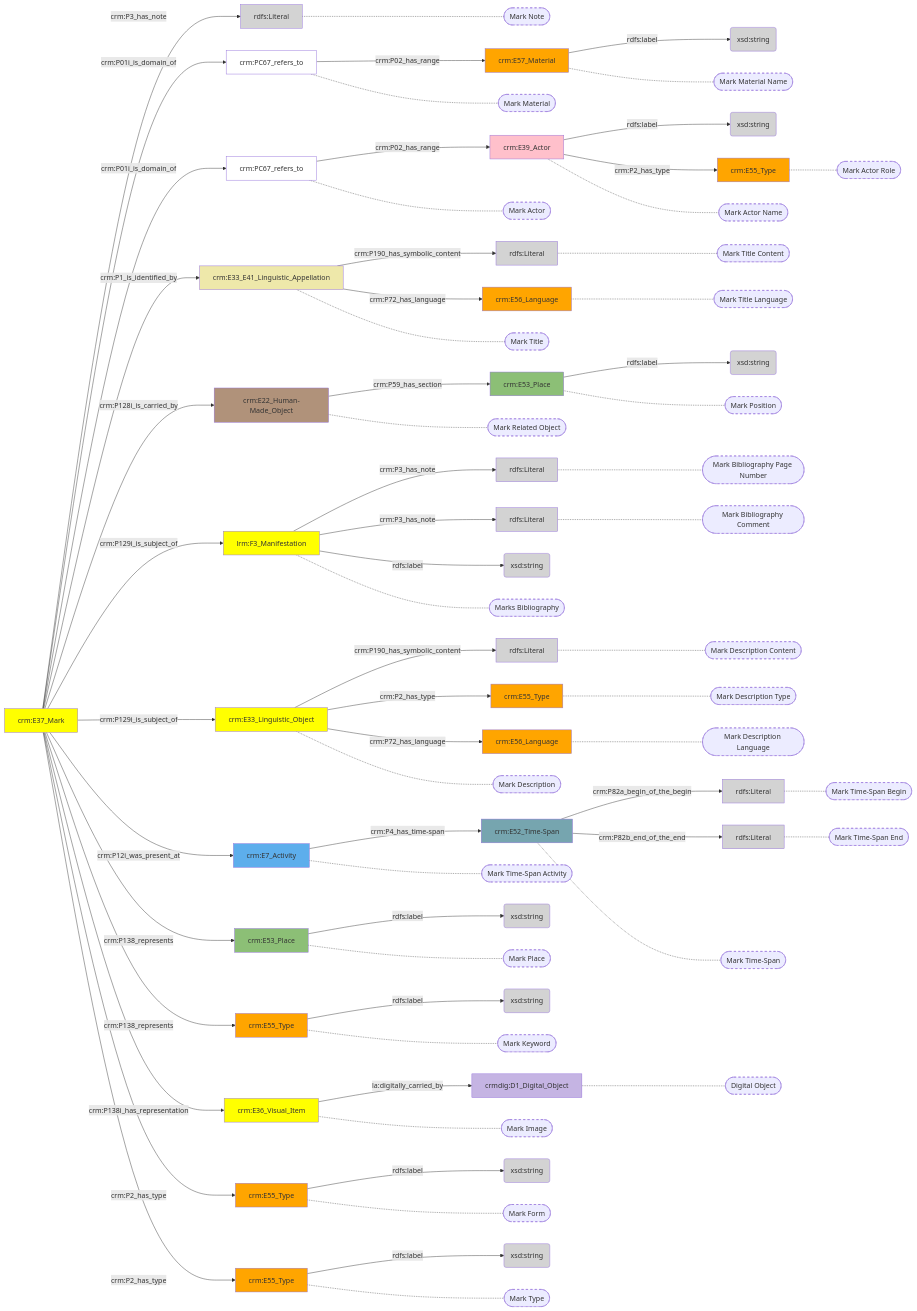
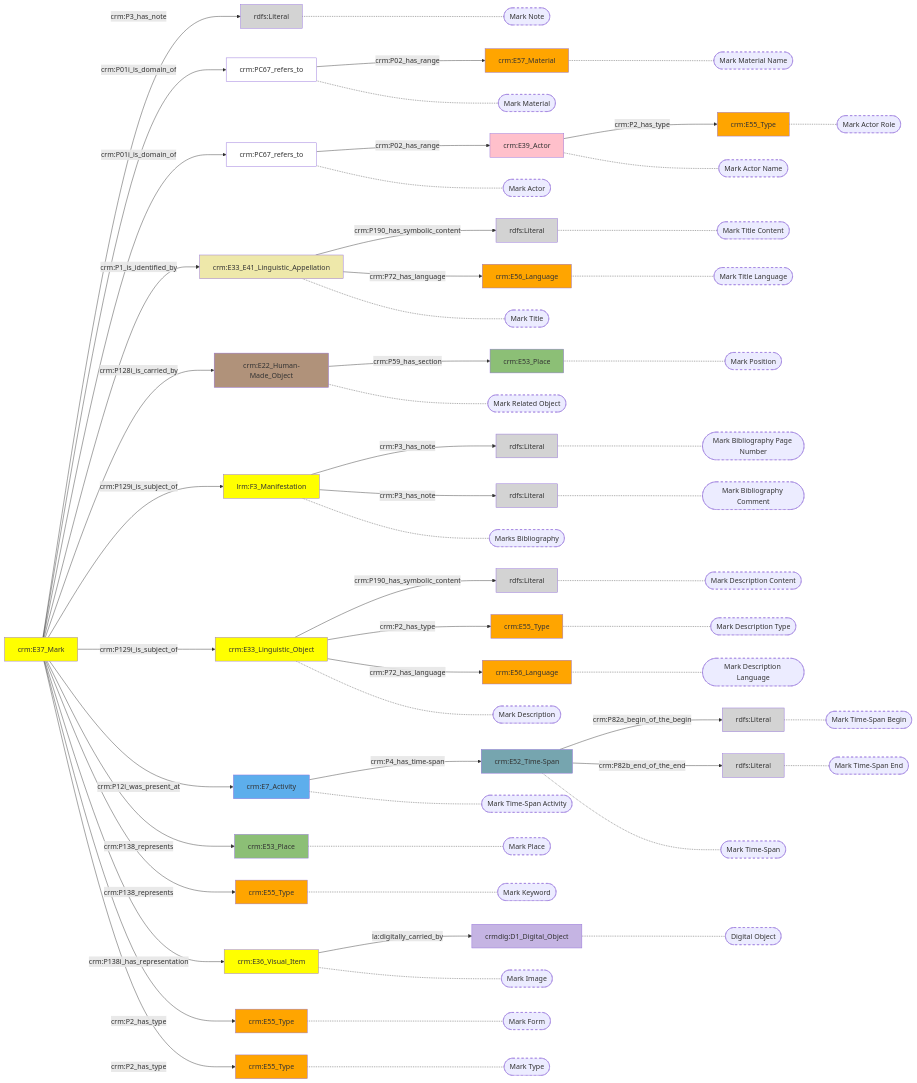
One commit to digipolisantwerpdocumentation/antwerp-cultureel-erfgoed changed the diagram in docs/content/modellen/Mark.md. Above: the diagram before and after it, drawn with Mermaid. The commit also changed 170 other files, not shown here.

````diff
--- a/docs/content/modellen/Mark.md
+++ b/docs/content/modellen/Mark.md
@@ -1,20 +1,41 @@
 ```mermaid
 graph LR
-2b2d0b1a-ca76-11ee-8eb3-960002548b4f["crm:E57_Material"]-->|"rdfs:label"|49250704-ca7b-11ee-a6b0-960002548b4f(xsd:string)
-2ed5a590-ca6e-11ee-99ee-960002548b4f["crm:E55_Type"]-->|"rdfs:label"|d3affcf2-ca7b-11ee-bd8e-960002548b4f(xsd:string)
+style 0281cff0-ca70-11ee-8755-960002548b4f fill:#5DAEEC
+style 082c17c3-ca76-11ee-99e6-960002548b4f fill:#ffffff
+style 0cf41490-ca73-11ee-bf47-960002548b4f fill:#D3D3D3
+style 1a770b2f-ca6a-11ee-8e0d-960002548b4f fill:#ffa500
+style 21be6412-ca6b-11ee-be73-960002548b4f fill:#ffa500
+style 2b2d0b1a-ca76-11ee-8eb3-960002548b4f fill:#ffa500
+style 2ed5a590-ca6e-11ee-99ee-960002548b4f fill:#ffa500
+style 4f528283-ca72-11ee-b40c-960002548b4f fill:#ffff00
+style 5288cf65-ca6b-11ee-9862-960002548b4f fill:#B0927A
+style 52918bea-ca69-11ee-b98e-960002548b4f fill:#ffff00
+style 5772435f-ca71-11ee-a86e-960002548b4f fill:#8CBF76
+style 58649504-ca73-11ee-a1ae-960002548b4f fill:#ffa500
+style 5ae5240b-ca6a-11ee-a9a5-960002548b4f fill:#ffff00
+style 7c1edcb3-ca6c-11ee-9280-960002548b4f fill:#ffffff
+style 9cd1d5ef-ca6e-11ee-8557-960002548b4f fill:#ffa500
+style a626ee40-ca6c-11ee-98e6-960002548b4f fill:#ffc0cb
+style aa0d5d9c-ca69-11ee-b573-960002548b4f fill:#EEE8AA
+style b4a2ba81-ca71-11ee-b3cf-960002548b4f fill:#ffff00
+style b8df2b6b-ca70-11ee-a936-960002548b4f fill:#76A5AF
+style bbb6ab27-ca6a-11ee-bb23-960002548b4f fill:#D3D3D3
+style c5f9f36e-ca71-11ee-8e46-960002548b4f fill:#C5B4E3
+style cca6c450-ca6b-11ee-bd41-960002548b4f fill:#8CBF76
+style d729cdc3-ca6f-11ee-b8ca-960002548b4f fill:#D3D3D3
+style daa0159b-ca6d-11ee-8620-960002548b4f fill:#ffa500
+style dab5662f-ca72-11ee-a844-960002548b4f fill:#D3D3D3
+style e9449c8d-ca6a-11ee-b0be-960002548b4f fill:#ffa500
+style eaa66deb-ca70-11ee-9b97-960002548b4f fill:#D3D3D3
+style ec77afd4-ca69-11ee-87d1-960002548b4f fill:#D3D3D3
+style fde5e6e5-ca70-11ee-8e1b-960002548b4f fill:#D3D3D3
 4f528283-ca72-11ee-b40c-960002548b4f["lrm:F3_Manifestation"]-->|"crm:P3_has_note"|0cf41490-ca73-11ee-bf47-960002548b4f(rdfs:Literal)
 4f528283-ca72-11ee-b40c-960002548b4f["lrm:F3_Manifestation"]-->|"crm:P3_has_note"|dab5662f-ca72-11ee-a844-960002548b4f(rdfs:Literal)
-4f528283-ca72-11ee-b40c-960002548b4f["lrm:F3_Manifestation"]-->|"rdfs:label"|7f46a7e1-ca7b-11ee-a777-960002548b4f(xsd:string)
 52918bea-ca69-11ee-b98e-960002548b4f["crm:E37_Mark"]-->|"crm:P3_has_note"|d729cdc3-ca6f-11ee-b8ca-960002548b4f(rdfs:Literal)
-5772435f-ca71-11ee-a86e-960002548b4f["crm:E53_Place"]-->|"rdfs:label"|bf1262c9-ca7a-11ee-8b78-960002548b4f(xsd:string)
 5ae5240b-ca6a-11ee-a9a5-960002548b4f["crm:E33_Linguistic_Object"]-->|"crm:P190_has_symbolic_content"|bbb6ab27-ca6a-11ee-bb23-960002548b4f(rdfs:Literal)
-9cd1d5ef-ca6e-11ee-8557-960002548b4f["crm:E55_Type"]-->|"rdfs:label"|5fe7949d-ca7b-11ee-bdb7-960002548b4f(xsd:string)
-a626ee40-ca6c-11ee-98e6-960002548b4f["crm:E39_Actor"]-->|"rdfs:label"|fc428114-ca7a-11ee-8136-960002548b4f(xsd:string)
 aa0d5d9c-ca69-11ee-b573-960002548b4f["crm:E33_E41_Linguistic_Appellation"]-->|"crm:P190_has_symbolic_content"|ec77afd4-ca69-11ee-87d1-960002548b4f(rdfs:Literal)
 b8df2b6b-ca70-11ee-a936-960002548b4f["crm:E52_Time-Span"]-->|"crm:P82a_begin_of_the_begin"|eaa66deb-ca70-11ee-9b97-960002548b4f(rdfs:Literal)
 b8df2b6b-ca70-11ee-a936-960002548b4f["crm:E52_Time-Span"]-->|"crm:P82b_end_of_the_end"|fde5e6e5-ca70-11ee-8e1b-960002548b4f(rdfs:Literal)
-cca6c450-ca6b-11ee-bd41-960002548b4f["crm:E53_Place"]-->|"rdfs:label"|07fef3f8-ca6c-11ee-b89b-960002548b4f(xsd:string)
-daa0159b-ca6d-11ee-8620-960002548b4f["crm:E55_Type"]-->|"rdfs:label"|31e77081-ca7b-11ee-b9d5-960002548b4f(xsd:string)
 0281cff0-ca70-11ee-8755-960002548b4f["crm:E7_Activity"]-->|"crm:P4_has_time-span"|b8df2b6b-ca70-11ee-a936-960002548b4f["crm:E52_Time-Span"]
 082c17c3-ca76-11ee-99e6-960002548b4f["crm:PC67_refers_to"]-->|"crm:P02_has_range"|2b2d0b1a-ca76-11ee-8eb3-960002548b4f["crm:E57_Material"]
 5288cf65-ca6b-11ee-9862-960002548b4f["crm:E22_Human-Made_Object"]-->|"crm:P59_has_section"|cca6c450-ca6b-11ee-bd41-960002548b4f["crm:E53_Place"]
@@ -36,6 +57,34 @@
 a626ee40-ca6c-11ee-98e6-960002548b4f["crm:E39_Actor"]-->|"crm:P2_has_type"|58649504-ca73-11ee-a1ae-960002548b4f["crm:E55_Type"]
 aa0d5d9c-ca69-11ee-b573-960002548b4f["crm:E33_E41_Linguistic_Appellation"]-->|"crm:P72_has_language"|1a770b2f-ca6a-11ee-8e0d-960002548b4f["crm:E56_Language"]
 b4a2ba81-ca71-11ee-b3cf-960002548b4f["crm:E36_Visual_Item"]-->|"la:digitally_carried_by"|c5f9f36e-ca71-11ee-8e46-960002548b4f["crmdig:D1_Digital_Object"]
+b8df2b6b-ca70-11ee-a936-960002548b4f["crm:E52_Time-Span"]-.-b8df2b6b-ca70-11ee-a936-960002548b4f_s(["Mark Time-Span"])
+2b2d0b1a-ca76-11ee-8eb3-960002548b4f["crm:E57_Material"]-.-2b2d0b1a-ca76-11ee-8eb3-960002548b4f_s(["Mark Material Name"])
+0cf41490-ca73-11ee-bf47-960002548b4f["rdfs:Literal"]-.-0cf41490-ca73-11ee-bf47-960002548b4f_s(["Mark Bibliography Page Number"])
+dab5662f-ca72-11ee-a844-960002548b4f["rdfs:Literal"]-.-dab5662f-ca72-11ee-a844-960002548b4f_s(["Mark Bibliography Comment"])
+cca6c450-ca6b-11ee-bd41-960002548b4f["crm:E53_Place"]-.-cca6c450-ca6b-11ee-bd41-960002548b4f_s(["Mark Position"])
+082c17c3-ca76-11ee-99e6-960002548b4f["crm:PC67_refers_to"]-.-082c17c3-ca76-11ee-99e6-960002548b4f_s(["Mark Material"])
+7c1edcb3-ca6c-11ee-9280-960002548b4f["crm:PC67_refers_to"]-.-7c1edcb3-ca6c-11ee-9280-960002548b4f_s(["Mark Actor"])
+aa0d5d9c-ca69-11ee-b573-960002548b4f["crm:E33_E41_Linguistic_Appellation"]-.-aa0d5d9c-ca69-11ee-b573-960002548b4f_s(["Mark Title"])
+5288cf65-ca6b-11ee-9862-960002548b4f["crm:E22_Human-Made_Object"]-.-5288cf65-ca6b-11ee-9862-960002548b4f_s(["Mark Related Object"])
+4f528283-ca72-11ee-b40c-960002548b4f["lrm:F3_Manifestation"]-.-4f528283-ca72-11ee-b40c-960002548b4f_s(["Marks Bibliography"])
+5ae5240b-ca6a-11ee-a9a5-960002548b4f["crm:E33_Linguistic_Object"]-.-5ae5240b-ca6a-11ee-a9a5-960002548b4f_s(["Mark Description"])
+0281cff0-ca70-11ee-8755-960002548b4f["crm:E7_Activity"]-.-0281cff0-ca70-11ee-8755-960002548b4f_s(["Mark Time-Span Activity"])
+5772435f-ca71-11ee-a86e-960002548b4f["crm:E53_Place"]-.-5772435f-ca71-11ee-a86e-960002548b4f_s(["Mark Place"])
+9cd1d5ef-ca6e-11ee-8557-960002548b4f["crm:E55_Type"]-.-9cd1d5ef-ca6e-11ee-8557-960002548b4f_s(["Mark Keyword"])
+b4a2ba81-ca71-11ee-b3cf-960002548b4f["crm:E36_Visual_Item"]-.-b4a2ba81-ca71-11ee-b3cf-960002548b4f_s(["Mark Image"])
+2ed5a590-ca6e-11ee-99ee-960002548b4f["crm:E55_Type"]-.-2ed5a590-ca6e-11ee-99ee-960002548b4f_s(["Mark Form"])
+daa0159b-ca6d-11ee-8620-960002548b4f["crm:E55_Type"]-.-daa0159b-ca6d-11ee-8620-960002548b4f_s(["Mark Type"])
+d729cdc3-ca6f-11ee-b8ca-960002548b4f["rdfs:Literal"]-.-d729cdc3-ca6f-11ee-b8ca-960002548b4f_s(["Mark Note"])
+bbb6ab27-ca6a-11ee-bb23-960002548b4f["rdfs:Literal"]-.-bbb6ab27-ca6a-11ee-bb23-960002548b4f_s(["Mark Description Content"])
+e9449c8d-ca6a-11ee-b0be-960002548b4f["crm:E55_Type"]-.-e9449c8d-ca6a-11ee-b0be-960002548b4f_s(["Mark Description Type"])
+21be6412-ca6b-11ee-be73-960002548b4f["crm:E56_Language"]-.-21be6412-ca6b-11ee-be73-960002548b4f_s(["Mark Description Language"])
+a626ee40-ca6c-11ee-98e6-960002548b4f["crm:E39_Actor"]-.-a626ee40-ca6c-11ee-98e6-960002548b4f_s(["Mark Actor Name"])
+58649504-ca73-11ee-a1ae-960002548b4f["crm:E55_Type"]-.-58649504-ca73-11ee-a1ae-960002548b4f_s(["Mark Actor Role"])
+ec77afd4-ca69-11ee-87d1-960002548b4f["rdfs:Literal"]-.-ec77afd4-ca69-11ee-87d1-960002548b4f_s(["Mark Title Content"])
+1a770b2f-ca6a-11ee-8e0d-960002548b4f["crm:E56_Language"]-.-1a770b2f-ca6a-11ee-8e0d-960002548b4f_s(["Mark Title Language"])
+c5f9f36e-ca71-11ee-8e46-960002548b4f["crmdig:D1_Digital_Object"]-.-c5f9f36e-ca71-11ee-8e46-960002548b4f_s(["Digital Object"])
+eaa66deb-ca70-11ee-9b97-960002548b4f["rdfs:Literal"]-.-eaa66deb-ca70-11ee-9b97-960002548b4f_s(["Mark Time-Span Begin"])
+fde5e6e5-ca70-11ee-8e1b-960002548b4f["rdfs:Literal"]-.-fde5e6e5-ca70-11ee-8e1b-960002548b4f_s(["Mark Time-Span End"])
 style b8df2b6b-ca70-11ee-a936-960002548b4f_s stroke-dasharray: 5
 style 2b2d0b1a-ca76-11ee-8eb3-960002548b4f_s stroke-dasharray: 5
 style 0cf41490-ca73-11ee-bf47-960002548b4f_s stroke-dasharray: 5
@@ -64,69 +113,4 @@
 style c5f9f36e-ca71-11ee-8e46-960002548b4f_s stroke-dasharray: 5
 style eaa66deb-ca70-11ee-9b97-960002548b4f_s stroke-dasharray: 5
 style fde5e6e5-ca70-11ee-8e1b-960002548b4f_s stroke-dasharray: 5
-b8df2b6b-ca70-11ee-a936-960002548b4f["crm:E52_Time-Span"]-.-b8df2b6b-ca70-11ee-a936-960002548b4f_s(["Mark Time-Span"])
-2b2d0b1a-ca76-11ee-8eb3-960002548b4f["crm:E57_Material"]-.-2b2d0b1a-ca76-11ee-8eb3-960002548b4f_s(["Mark Material Name"])
-0cf41490-ca73-11ee-bf47-960002548b4f["rdfs:Literal"]-.-0cf41490-ca73-11ee-bf47-960002548b4f_s(["Mark Bibliography Page Number"])
-dab5662f-ca72-11ee-a844-960002548b4f["rdfs:Literal"]-.-dab5662f-ca72-11ee-a844-960002548b4f_s(["Mark Bibliography Comment"])
-cca6c450-ca6b-11ee-bd41-960002548b4f["crm:E53_Place"]-.-cca6c450-ca6b-11ee-bd41-960002548b4f_s(["Mark Position"])
-082c17c3-ca76-11ee-99e6-960002548b4f["crm:PC67_refers_to"]-.-082c17c3-ca76-11ee-99e6-960002548b4f_s(["Mark Material"])
-7c1edcb3-ca6c-11ee-9280-960002548b4f["crm:PC67_refers_to"]-.-7c1edcb3-ca6c-11ee-9280-960002548b4f_s(["Mark Actor"])
-aa0d5d9c-ca69-11ee-b573-960002548b4f["crm:E33_E41_Linguistic_Appellation"]-.-aa0d5d9c-ca69-11ee-b573-960002548b4f_s(["Mark Title"])
-5288cf65-ca6b-11ee-9862-960002548b4f["crm:E22_Human-Made_Object"]-.-5288cf65-ca6b-11ee-9862-960002548b4f_s(["Mark Related Object"])
-4f528283-ca72-11ee-b40c-960002548b4f["lrm:F3_Manifestation"]-.-4f528283-ca72-11ee-b40c-960002548b4f_s(["Marks Bibliography"])
-5ae5240b-ca6a-11ee-a9a5-960002548b4f["crm:E33_Linguistic_Object"]-.-5ae5240b-ca6a-11ee-a9a5-960002548b4f_s(["Mark Description"])
-0281cff0-ca70-11ee-8755-960002548b4f["crm:E7_Activity"]-.-0281cff0-ca70-11ee-8755-960002548b4f_s(["Mark Time-Span Activity"])
-5772435f-ca71-11ee-a86e-960002548b4f["crm:E53_Place"]-.-5772435f-ca71-11ee-a86e-960002548b4f_s(["Mark Place"])
-9cd1d5ef-ca6e-11ee-8557-960002548b4f["crm:E55_Type"]-.-9cd1d5ef-ca6e-11ee-8557-960002548b4f_s(["Mark Keyword"])
-b4a2ba81-ca71-11ee-b3cf-960002548b4f["crm:E36_Visual_Item"]-.-b4a2ba81-ca71-11ee-b3cf-960002548b4f_s(["Mark Image"])
-2ed5a590-ca6e-11ee-99ee-960002548b4f["crm:E55_Type"]-.-2ed5a590-ca6e-11ee-99ee-960002548b4f_s(["Mark Form"])
-daa0159b-ca6d-11ee-8620-960002548b4f["crm:E55_Type"]-.-daa0159b-ca6d-11ee-8620-960002548b4f_s(["Mark Type"])
-d729cdc3-ca6f-11ee-b8ca-960002548b4f["rdfs:Literal"]-.-d729cdc3-ca6f-11ee-b8ca-960002548b4f_s(["Mark Note"])
-bbb6ab27-ca6a-11ee-bb23-960002548b4f["rdfs:Literal"]-.-bbb6ab27-ca6a-11ee-bb23-960002548b4f_s(["Mark Description Content"])
-e9449c8d-ca6a-11ee-b0be-960002548b4f["crm:E55_Type"]-.-e9449c8d-ca6a-11ee-b0be-960002548b4f_s(["Mark Description Type"])
-21be6412-ca6b-11ee-be73-960002548b4f["crm:E56_Language"]-.-21be6412-ca6b-11ee-be73-960002548b4f_s(["Mark Description Language"])
-a626ee40-ca6c-11ee-98e6-960002548b4f["crm:E39_Actor"]-.-a626ee40-ca6c-11ee-98e6-960002548b4f_s(["Mark Actor Name"])
-58649504-ca73-11ee-a1ae-960002548b4f["crm:E55_Type"]-.-58649504-ca73-11ee-a1ae-960002548b4f_s(["Mark Actor Role"])
-ec77afd4-ca69-11ee-87d1-960002548b4f["rdfs:Literal"]-.-ec77afd4-ca69-11ee-87d1-960002548b4f_s(["Mark Title Content"])
-1a770b2f-ca6a-11ee-8e0d-960002548b4f["crm:E56_Language"]-.-1a770b2f-ca6a-11ee-8e0d-960002548b4f_s(["Mark Title Language"])
-c5f9f36e-ca71-11ee-8e46-960002548b4f["crmdig:D1_Digital_Object"]-.-c5f9f36e-ca71-11ee-8e46-960002548b4f_s(["Digital Object"])
-eaa66deb-ca70-11ee-9b97-960002548b4f["rdfs:Literal"]-.-eaa66deb-ca70-11ee-9b97-960002548b4f_s(["Mark Time-Span Begin"])
-fde5e6e5-ca70-11ee-8e1b-960002548b4f["rdfs:Literal"]-.-fde5e6e5-ca70-11ee-8e1b-960002548b4f_s(["Mark Time-Span End"])
-style 0281cff0-ca70-11ee-8755-960002548b4f fill:#5DAEEC
-style 07fef3f8-ca6c-11ee-b89b-960002548b4f fill:#D3D3D3
-style 082c17c3-ca76-11ee-99e6-960002548b4f fill:#ffffff
-style 0cf41490-ca73-11ee-bf47-960002548b4f fill:#D3D3D3
-style 1a770b2f-ca6a-11ee-8e0d-960002548b4f fill:#ffa500
-style 21be6412-ca6b-11ee-be73-960002548b4f fill:#ffa500
-style 2b2d0b1a-ca76-11ee-8eb3-960002548b4f fill:#ffa500
-style 2ed5a590-ca6e-11ee-99ee-960002548b4f fill:#ffa500
-style 31e77081-ca7b-11ee-b9d5-960002548b4f fill:#D3D3D3
-style 49250704-ca7b-11ee-a6b0-960002548b4f fill:#D3D3D3
-style 4f528283-ca72-11ee-b40c-960002548b4f fill:#ffff00
-style 5288cf65-ca6b-11ee-9862-960002548b4f fill:#B0927A
-style 52918bea-ca69-11ee-b98e-960002548b4f fill:#ffff00
-style 5772435f-ca71-11ee-a86e-960002548b4f fill:#8CBF76
-style 58649504-ca73-11ee-a1ae-960002548b4f fill:#ffa500
-style 5ae5240b-ca6a-11ee-a9a5-960002548b4f fill:#ffff00
-style 5fe7949d-ca7b-11ee-bdb7-960002548b4f fill:#D3D3D3
-style 7c1edcb3-ca6c-11ee-9280-960002548b4f fill:#ffffff
-style 7f46a7e1-ca7b-11ee-a777-960002548b4f fill:#D3D3D3
-style 9cd1d5ef-ca6e-11ee-8557-960002548b4f fill:#ffa500
-style a626ee40-ca6c-11ee-98e6-960002548b4f fill:#ffc0cb
-style aa0d5d9c-ca69-11ee-b573-960002548b4f fill:#EEE8AA
-style b4a2ba81-ca71-11ee-b3cf-960002548b4f fill:#ffff00
-style b8df2b6b-ca70-11ee-a936-960002548b4f fill:#76A5AF
-style bbb6ab27-ca6a-11ee-bb23-960002548b4f fill:#D3D3D3
-style bf1262c9-ca7a-11ee-8b78-960002548b4f fill:#D3D3D3
-style c5f9f36e-ca71-11ee-8e46-960002548b4f fill:#C5B4E3
-style cca6c450-ca6b-11ee-bd41-960002548b4f fill:#8CBF76
-style d3affcf2-ca7b-11ee-bd8e-960002548b4f fill:#D3D3D3
-style d729cdc3-ca6f-11ee-b8ca-960002548b4f fill:#D3D3D3
-style daa0159b-ca6d-11ee-8620-960002548b4f fill:#ffa500
-style dab5662f-ca72-11ee-a844-960002548b4f fill:#D3D3D3
-style e9449c8d-ca6a-11ee-b0be-960002548b4f fill:#ffa500
-style eaa66deb-ca70-11ee-9b97-960002548b4f fill:#D3D3D3
-style ec77afd4-ca69-11ee-87d1-960002548b4f fill:#D3D3D3
-style fc428114-ca7a-11ee-8136-960002548b4f fill:#D3D3D3
-style fde5e6e5-ca70-11ee-8e1b-960002548b4f fill:#D3D3D3
 ```
````
